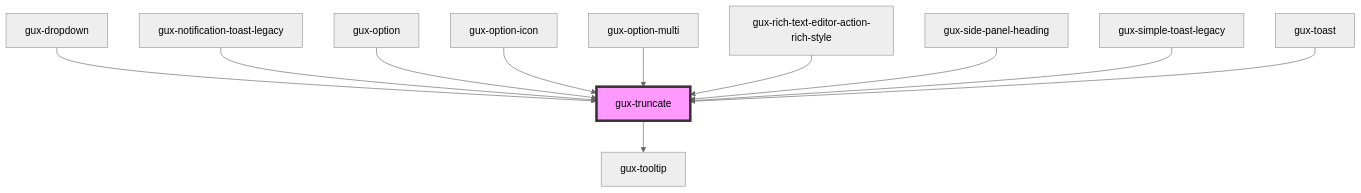
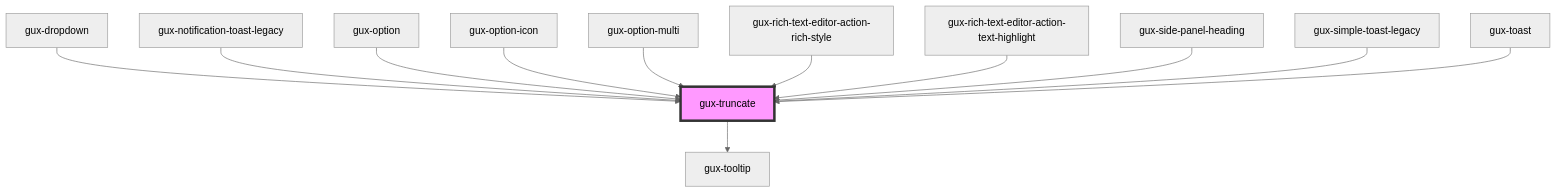
Before and after one commit to MyPureCloud/genesys-spark: the diagram in packages/genesys-spark-components/src/components/stable/gux-truncate/readme.md, drawn with Mermaid (neutral theme). The commit also changed other lines of this file and 28 other files, not shown here.

First line of the commit message:
feat(rich-text-editor): addition of color picker feature

````diff
--- a/packages/genesys-spark-components/src/components/stable/gux-truncate/readme.md
+++ b/packages/genesys-spark-components/src/components/stable/gux-truncate/readme.md
@@ -64,14 +65,15 @@
 ```mermaid
 graph TD;
   gux-truncate --> gux-tooltip
   gux-dropdown --> gux-truncate
   gux-notification-toast-legacy --> gux-truncate
   gux-option --> gux-truncate
   gux-option-icon --> gux-truncate
   gux-option-multi --> gux-truncate
   gux-rich-text-editor-action-rich-style --> gux-truncate
+  gux-rich-text-editor-action-text-highlight --> gux-truncate
   gux-side-panel-heading --> gux-truncate
   gux-simple-toast-legacy --> gux-truncate
   gux-toast --> gux-truncate
   style gux-truncate fill:#f9f,stroke:#333,stroke-width:4px
 ```
````
